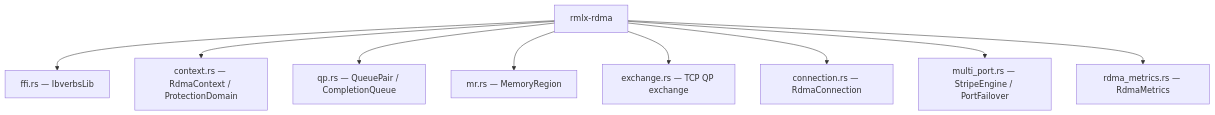
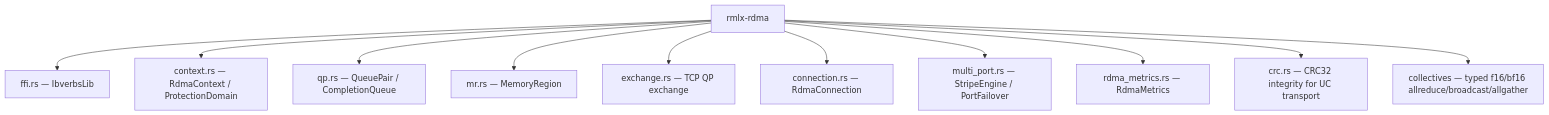
The first of 4 diagrams in docs/crates/rmlx-rdma.md (0xDaizz/RMLX), drawn with Mermaid before and after one commit. The commit also changed other lines of this file and 42 other files, not shown here.

````diff
--- a/docs/crates/rmlx-rdma.md
+++ b/docs/crates/rmlx-rdma.md
@@ -13,11 +13,13 @@
 ```mermaid
 graph TD
     A[rmlx-rdma] --> B[ffi.rs — IbverbsLib]
     A --> C[context.rs — RdmaContext / ProtectionDomain]
     A --> D[qp.rs — QueuePair / CompletionQueue]
     A --> E[mr.rs — MemoryRegion]
     A --> F[exchange.rs — TCP QP exchange]
     A --> G[connection.rs — RdmaConnection]
     A --> H[multi_port.rs — StripeEngine / PortFailover]
     A --> I[rdma_metrics.rs — RdmaMetrics]
+    A --> J[crc.rs — CRC32 integrity for UC transport]
+    A --> K[collectives — typed f16/bf16 allreduce/broadcast/allgather]
 ```
````
